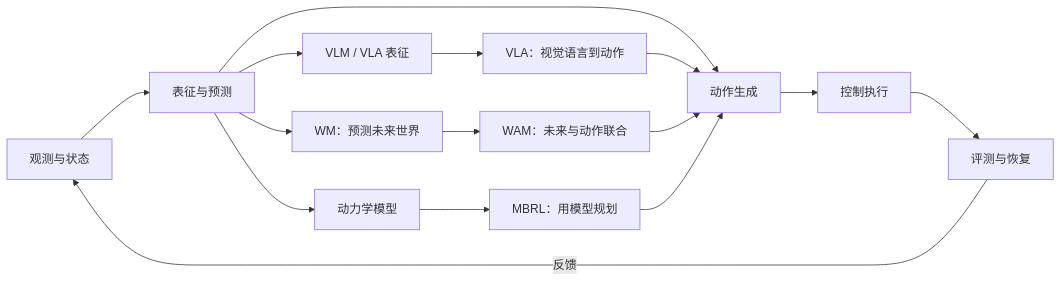
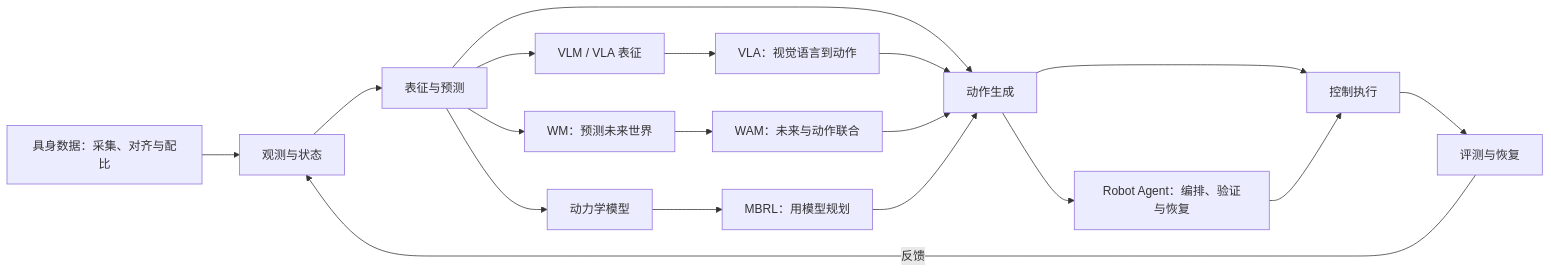
Before and after one commit to ppsdk/Embodied-AI-Start: the second of 2 diagrams in README.md, drawn with Mermaid. The commit also changed other lines of this file and 11 other files, not shown here.

Commit message:
docs: add embodied data and robot agent guides

````diff
--- a/README.md
+++ b/README.md
@@ -61,18 +67,21 @@
 ```mermaid
 flowchart LR
     O["观测与状态"] --> P["表征与预测"]
+    D["具身数据：采集、对齐与配比"] --> O
     P --> A["动作生成"]
     A --> C["控制执行"]
     C --> E["评测与恢复"]
 
     P --> VLM["VLM / VLA 表征"]
     P --> WM["WM：预测未来世界"]
     P --> DYN["动力学模型"]
     DYN --> MBRL["MBRL：用模型规划"]
     WM --> WAM["WAM：未来与动作联合"]
     VLM --> VLA["VLA：视觉语言到动作"]
     VLA --> A
     WAM --> A
     MBRL --> A
+    A --> AGENT["Robot Agent：编排、验证与恢复"]
+    AGENT --> C
     E -->|"反馈"| O
 ```
````
